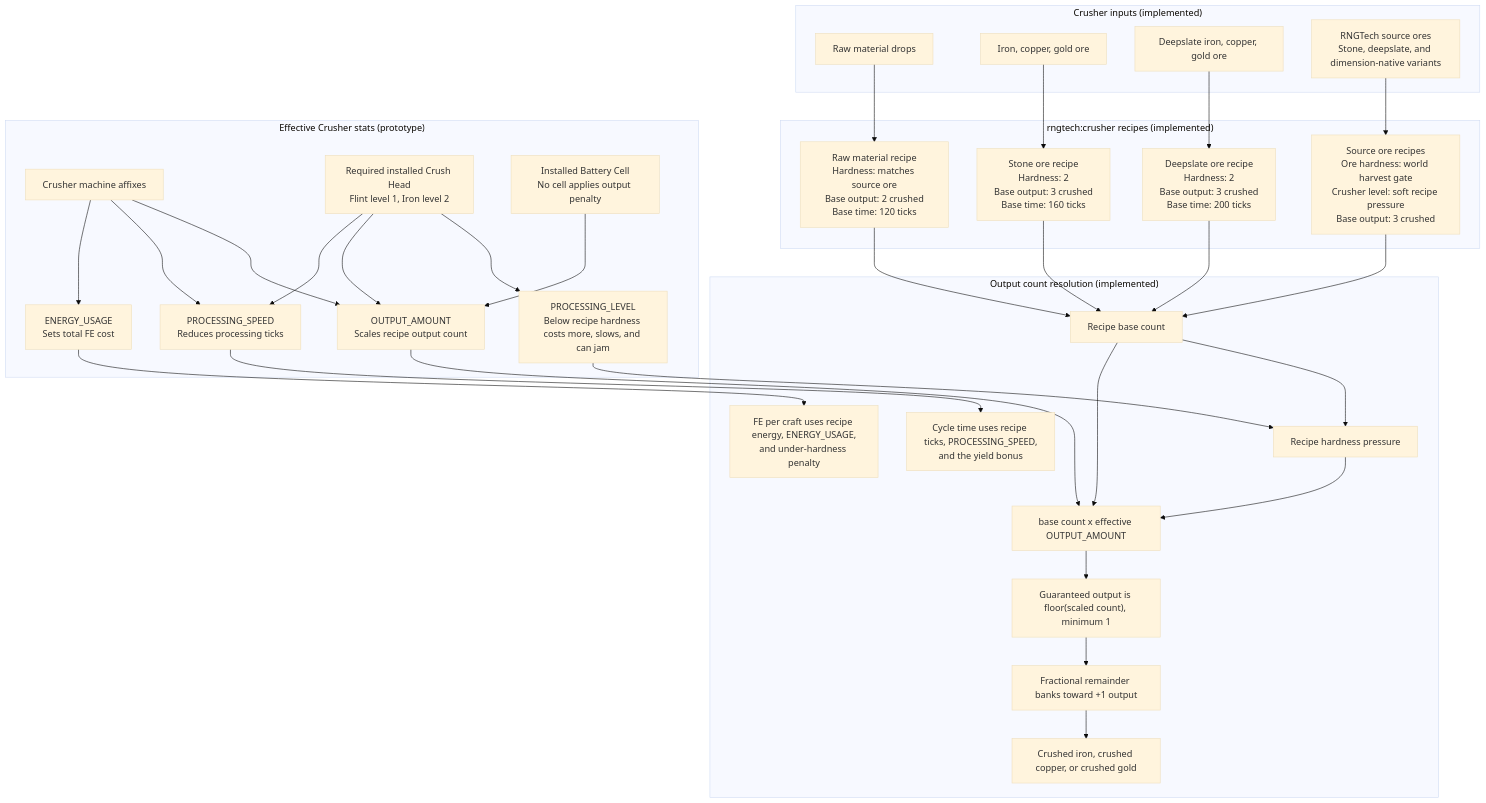
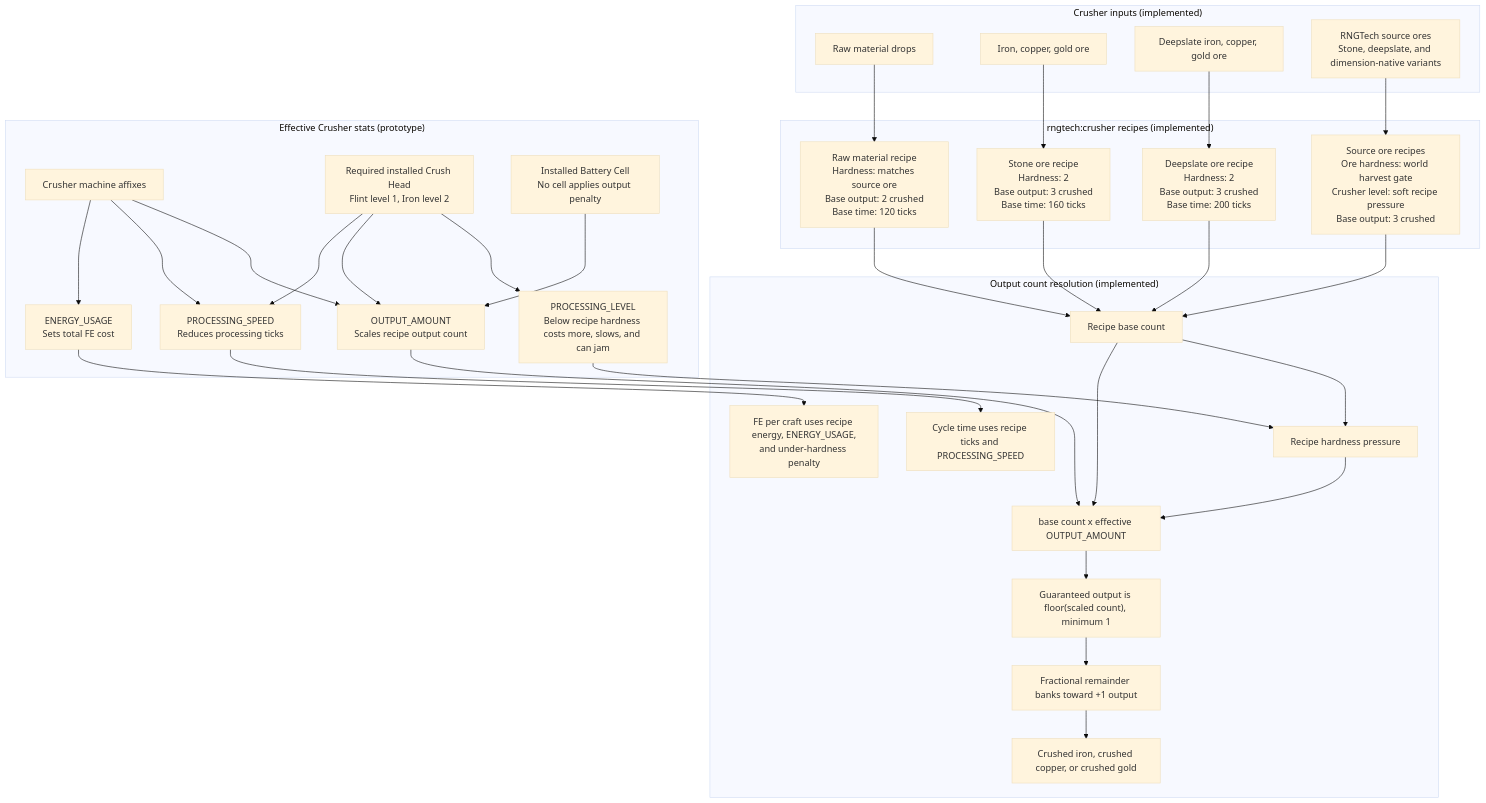
The second of 2 diagrams in docs/systems/stage-progression-and-ore-duplication.md (C-Pettersson/rngtech), drawn with Mermaid (base theme) before and after one commit. The commit also changed other lines of this file and 18 other files, not shown here.

First line of the commit message:
fix(balance): replace the yield time cost with a speed penalty on yield prefixes

````diff
--- a/docs/systems/stage-progression-and-ore-duplication.md
+++ b/docs/systems/stage-progression-and-ore-duplication.md
@@ -66,63 +66,63 @@
 ```mermaid
 flowchart TD
     subgraph inputs["Crusher inputs (implemented)"]
         Raw["Raw material drops"]
         Ore["Iron, copper, gold ore"]
         Deepslate["Deepslate iron, copper, gold ore"]
         RngtechOre["RNGTech source ores\nStone, deepslate, and dimension-native variants"]
     end
 
     subgraph recipes["rngtech:crusher recipes (implemented)"]
         RawRecipe["Raw material recipe\nHardness: matches source ore\nBase output: 2 crushed\nBase time: 120 ticks"]
         OreRecipe["Stone ore recipe\nHardness: 2\nBase output: 3 crushed\nBase time: 160 ticks"]
         DeepslateRecipe["Deepslate ore recipe\nHardness: 2\nBase output: 3 crushed\nBase time: 200 ticks"]
         RngtechRecipe["Source ore recipes\nOre hardness: world harvest gate\nCrusher level: soft recipe pressure\nBase output: 3 crushed"]
     end
 
     subgraph stats["Effective Crusher stats (prototype)"]
         MachineAffixes["Crusher machine affixes"]
         CrushHead["Required installed Crush Head\nFlint level 1, Iron level 2"]
         Hardness["PROCESSING_LEVEL\nBelow recipe hardness costs more, slows, and can jam"]
         BatteryCell["Installed Battery Cell\nNo cell applies output penalty"]
         OutputAmount["OUTPUT_AMOUNT\nScales recipe output count"]
         ProcessingSpeed["PROCESSING_SPEED\nReduces processing ticks"]
         EnergyUsage["ENERGY_USAGE\nSets total FE cost"]
     end
 
     subgraph output["Output count resolution (implemented)"]
         BaseCount["Recipe base count"]
         HardnessGate["Recipe hardness pressure"]
-        CycleTime["Cycle time uses recipe ticks, PROCESSING_SPEED,\nand the yield bonus"]
+        CycleTime["Cycle time uses recipe ticks and PROCESSING_SPEED"]
         FeCost["FE per craft uses recipe energy, ENERGY_USAGE,\nand under-hardness penalty"]
         ScaledCount["base count x effective OUTPUT_AMOUNT"]
         Guaranteed["Guaranteed output is floor(scaled count), minimum 1"]
         Fractional["Fractional remainder banks toward +1 output"]
         Crushed["Crushed iron, crushed copper, or crushed gold"]
     end
 
     Raw --> RawRecipe
     Ore --> OreRecipe
     Deepslate --> DeepslateRecipe
     RngtechOre --> RngtechRecipe
 
     RawRecipe --> BaseCount
     OreRecipe --> BaseCount
     DeepslateRecipe --> BaseCount
     RngtechRecipe --> BaseCount
 
     MachineAffixes --> OutputAmount
     CrushHead --> Hardness
     CrushHead --> OutputAmount
     CrushHead --> ProcessingSpeed
     BatteryCell --> OutputAmount
     MachineAffixes --> ProcessingSpeed
     MachineAffixes --> EnergyUsage
 
     Hardness --> HardnessGate
     BaseCount --> HardnessGate
     HardnessGate --> ScaledCount
     OutputAmount --> ScaledCount
     BaseCount --> ScaledCount --> Guaranteed --> Fractional --> Crushed
     ProcessingSpeed --> CycleTime
     EnergyUsage --> FeCost
 ```
````
